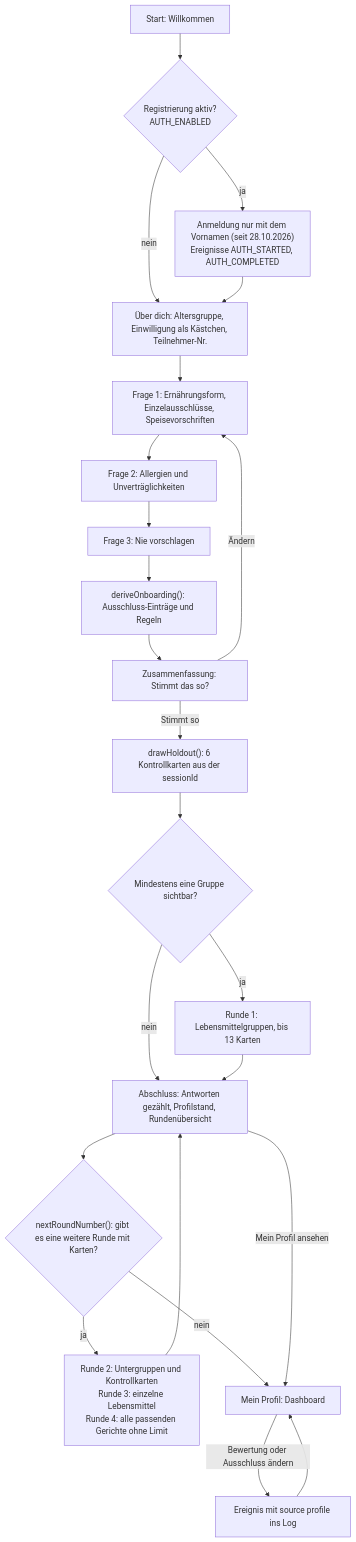
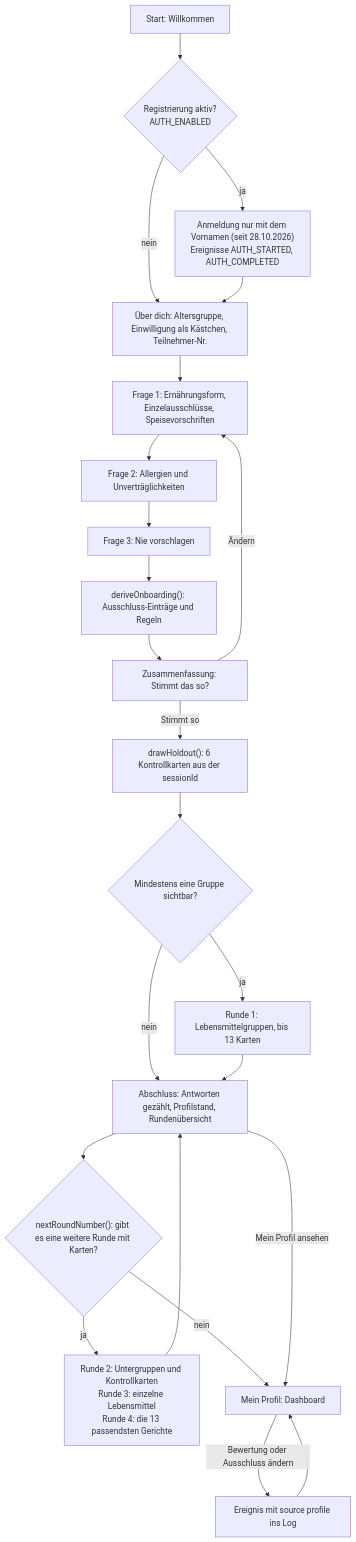
Before and after one commit to kerisan-jeg/geschmacksprofil-50plus: the first of 6 diagrams in docs/05_Flowcharts.md, drawn with Mermaid. The commit also changed other lines of this file and 21 other files, not shown here.

````diff
--- a/docs/05_Flowcharts.md
+++ b/docs/05_Flowcharts.md
@@ -9,25 +9,25 @@
 ```mermaid
 flowchart TD
   S["Start: Willkommen"] --> R{"Registrierung aktiv?<br/>AUTH_ENABLED"}
   R -- "ja" --> REG["Anmeldung nur mit dem Vornamen (seit 28.10.2026)<br/>Ereignisse AUTH_STARTED, AUTH_COMPLETED"]
   R -- "nein" --> AB
   REG --> AB["Über dich: Altersgruppe, Einwilligung als Kästchen, Teilnehmer-Nr."]
   AB --> Q1["Frage 1: Ernährungsform, Einzelausschlüsse, Speisevorschriften"]
   Q1 --> Q2["Frage 2: Allergien und Unverträglichkeiten"]
   Q2 --> Q3["Frage 3: Nie vorschlagen"]
   Q3 --> D["deriveOnboarding(): Ausschluss-Einträge und Regeln"]
   D --> SUM["Zusammenfassung: Stimmt das so?"]
   SUM -- "Ändern" --> Q1
   SUM -- "Stimmt so" --> HO["drawHoldout(): 6 Kontrollkarten aus der sessionId"]
   HO --> E{"Mindestens eine Gruppe sichtbar?"}
   E -- "nein" --> C
   E -- "ja" --> R1["Runde 1: Lebensmittelgruppen, bis 13 Karten"]
   R1 --> C["Abschluss: Antworten gezählt, Profilstand, Rundenübersicht"]
   C --> M{"nextRoundNumber(): gibt es eine weitere Runde mit Karten?"}
-  M -- "ja" --> RN["Runde 2: Untergruppen und Kontrollkarten<br/>Runde 3: einzelne Lebensmittel<br/>Runde 4: alle passenden Gerichte ohne Limit"]
+  M -- "ja" --> RN["Runde 2: Untergruppen und Kontrollkarten<br/>Runde 3: einzelne Lebensmittel<br/>Runde 4: die 13 passendsten Gerichte"]
   RN --> C
   M -- "nein" --> P["Mein Profil: Dashboard"]
   C -- "Mein Profil ansehen" --> P
   P -- "Bewertung oder Ausschluss ändern" --> LOG["Ereignis mit source profile ins Log"]
   LOG --> P
 ```
````
